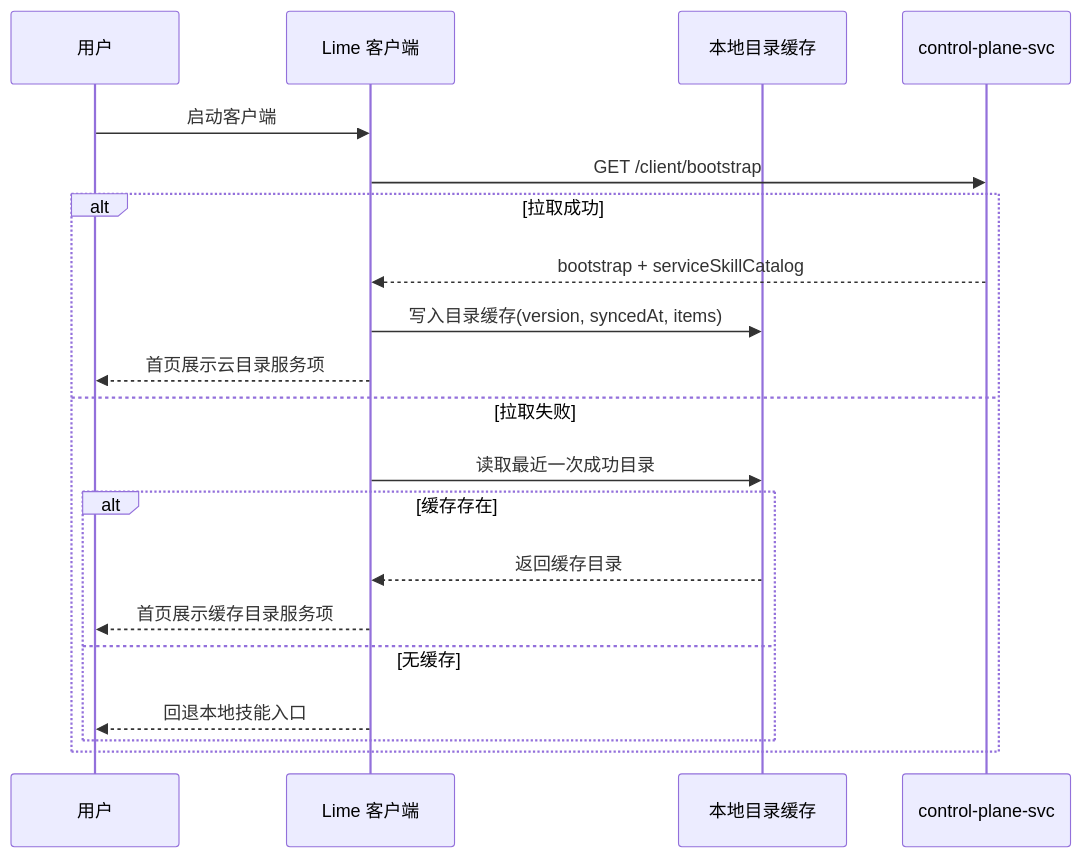
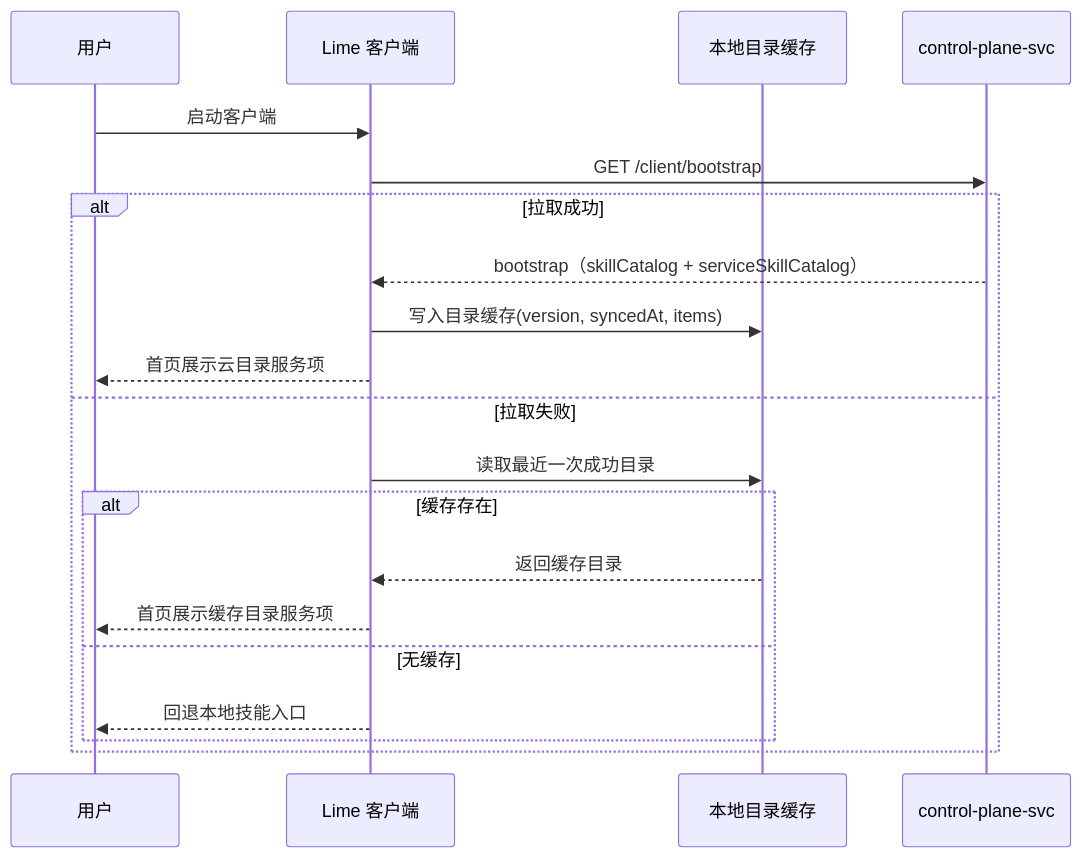
One commit to limecloud/lime changed the second of 7 diagrams in docs/roadmap/lime-service-skill-cloud-config-prd.md. Above: the diagram before and after it, drawn with Mermaid. The commit also changed other lines of this file and 300 other files, not shown here.

````diff
--- a/docs/roadmap/lime-service-skill-cloud-config-prd.md
+++ b/docs/roadmap/lime-service-skill-cloud-config-prd.md
@@ -273,23 +302,23 @@
 ```mermaid
 sequenceDiagram
     participant User as 用户
     participant Lime as Lime 客户端
     participant Cache as 本地目录缓存
     participant CP as control-plane-svc
 
     User->>Lime: 启动客户端
     Lime->>CP: GET /client/bootstrap
     alt 拉取成功
-        CP-->>Lime: bootstrap + serviceSkillCatalog
+        CP-->>Lime: bootstrap（skillCatalog + serviceSkillCatalog）
         Lime->>Cache: 写入目录缓存(version, syncedAt, items)
         Lime-->>User: 首页展示云目录服务项
     else 拉取失败
         Lime->>Cache: 读取最近一次成功目录
         alt 缓存存在
             Cache-->>Lime: 返回缓存目录
             Lime-->>User: 首页展示缓存目录服务项
         else 无缓存
             Lime-->>User: 回退本地技能入口
         end
     end
 ```
````
